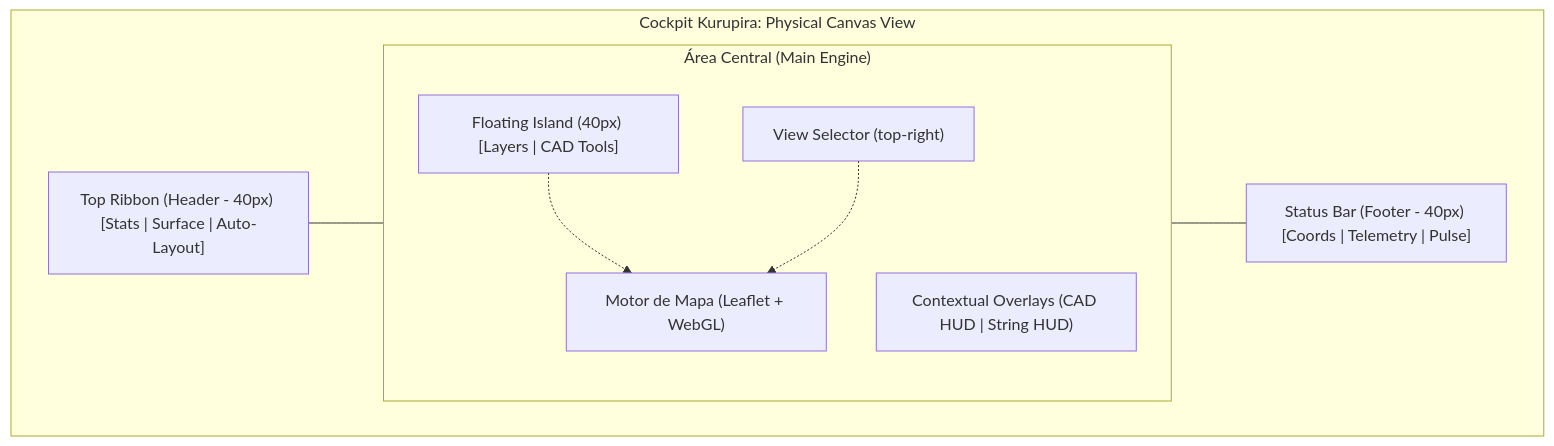
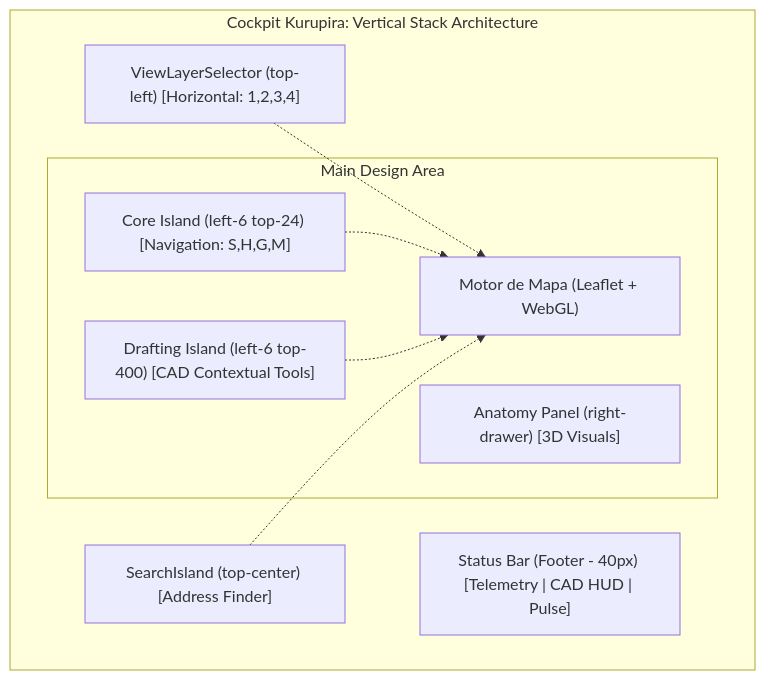
The diagram in docs/interface/mapa-arranjo-fisico.md (OEscolh1do/nexus-api), drawn with Mermaid before and after one commit. The commit also changed other lines of this file and 21 other files, not shown here.

````diff
--- a/docs/interface/mapa-arranjo-fisico.md
+++ b/docs/interface/mapa-arranjo-fisico.md
@@ -5,20 +5,21 @@
 ```mermaid
 graph TD
-    subgraph Cockpit ["Cockpit Kurupira: Physical Canvas View"]
-        TopRibbon["Top Ribbon (Header - 40px) [Stats | Surface | Auto-Layout]"]
+    subgraph Cockpit ["Cockpit Kurupira: Vertical Stack Architecture"]
+        SearchIsland["SearchIsland (top-center) [Address Finder]"]
+        LayerSelector["ViewLayerSelector (top-left) [Horizontal: 1,2,3,4]"]
         
-        subgraph MainContainer ["Área Central (Main Engine)"]
-            Island["Floating Island (40px) [Layers | CAD Tools]"]
+        subgraph MainViewport ["Main Design Area"]
+            CoreIsland["Core Island (left-6 top-24) [Navigation: S,H,G,M]"]
+            DraftIsland["Drafting Island (left-6 top-400) [CAD Contextual Tools]"]
             Canvas["Motor de Mapa (Leaflet + WebGL)"]
-            HUDs["Contextual Overlays (CAD HUD | String HUD)"]
-            ViewSwitcher["View Selector (top-right)"]
+            AnatomySheet["Anatomy Panel (right-drawer) [3D Visuals]"]
         end
         
-        StatusBar["Status Bar (Footer - 40px) [Coords | Telemetry | Pulse]"]
+        StatusBar["Status Bar (Footer - 40px) [Telemetry | CAD HUD | Pulse]"]
     end
 
-    TopRibbon --- MainContainer
-    MainContainer --- StatusBar
-    Island -.-> Canvas
-    ViewSwitcher -.-> Canvas
+    LayerSelector -.-> Canvas
+    CoreIsland -.-> Canvas
+    DraftIsland -.-> Canvas
+    SearchIsland -.-> Canvas
 ```
````
